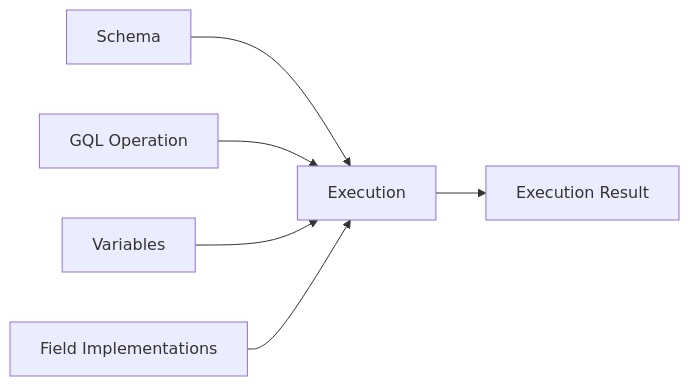
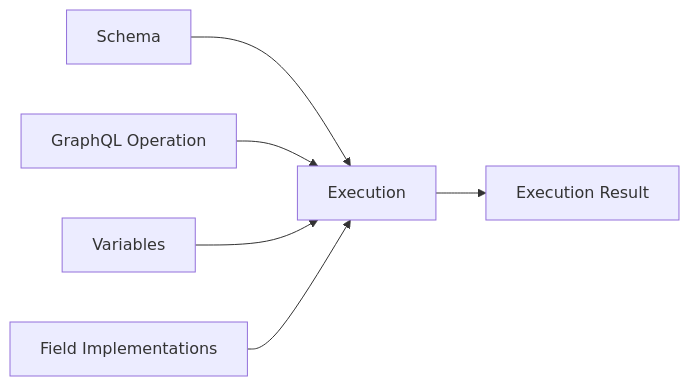
The third of 13 diagrams in graphql.md (etler/minimalist-guide), drawn with Mermaid before and after one commit. The commit also changed other lines of this file, not shown here.

Commit message:
Clarify GraphQL terminology and introduce terms before use

````diff
--- a/graphql.md
+++ b/graphql.md
@@ -157,8 +157,8 @@
 ```mermaid
 flowchart LR
     S[Schema] --> E[Execution]
-    Q[GQL Operation] --> E
+    Q[GraphQL Operation] --> E
     V[Variables] --> E
     I[Field Implementations] --> E
     E --> R[Execution Result]
 ```
````
